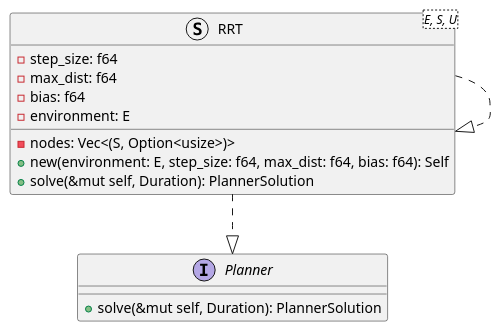
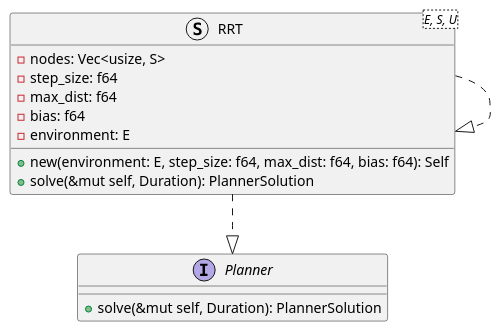
The diagram in diagrams/planner.puml (BoldMoose/motion-planning-presentation), drawn with PlantUML before and after one commit.

Commit message:
Move vec member into appropriate location

```diff
--- a/diagrams/planner.puml
+++ b/diagrams/planner.puml
@@ -1,21 +1,21 @@
 @startuml overview
 
 ' Traits
 interface Planner{
     +solve(&mut self, Duration): PlannerSolution
 }
 
 ' Planner
 struct RRT<E, S, U> {
-    -nodes: Vec<(S, Option<usize>)>
+    -nodes: Vec<usize, S>
     -step_size: f64
     -max_dist: f64
     -bias: f64
     -environment: E
     +new(environment: E, step_size: f64, max_dist: f64, bias: f64): Self
     +solve(&mut self, Duration): PlannerSolution
 }
 RRT ..|> Planner
 RRT ..|> RRT
 
 @enduml
```
